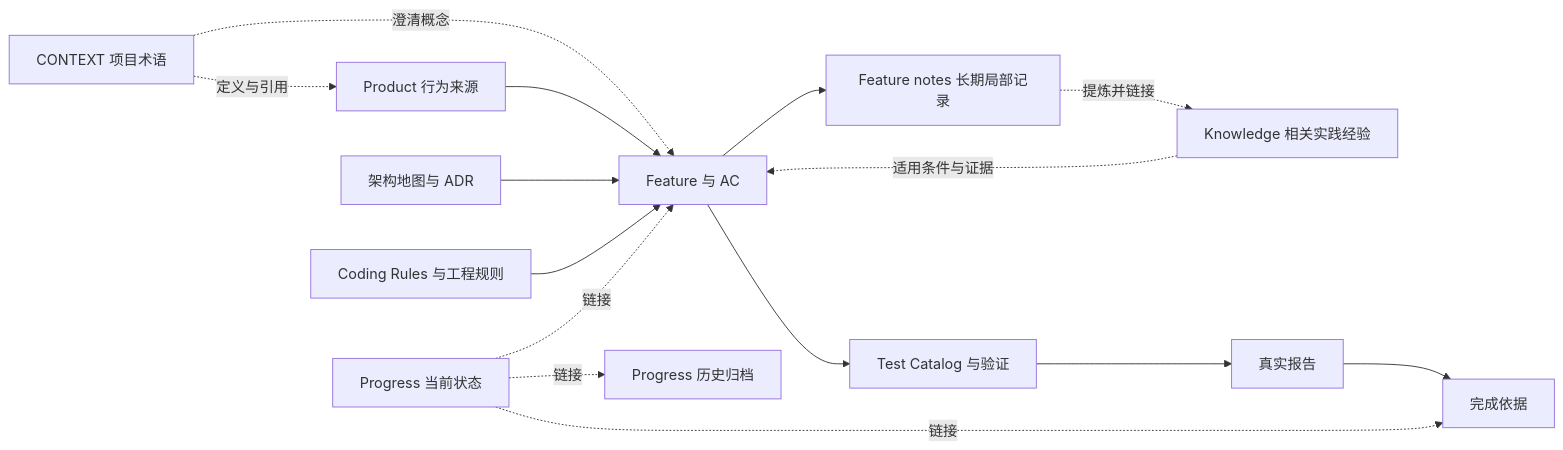
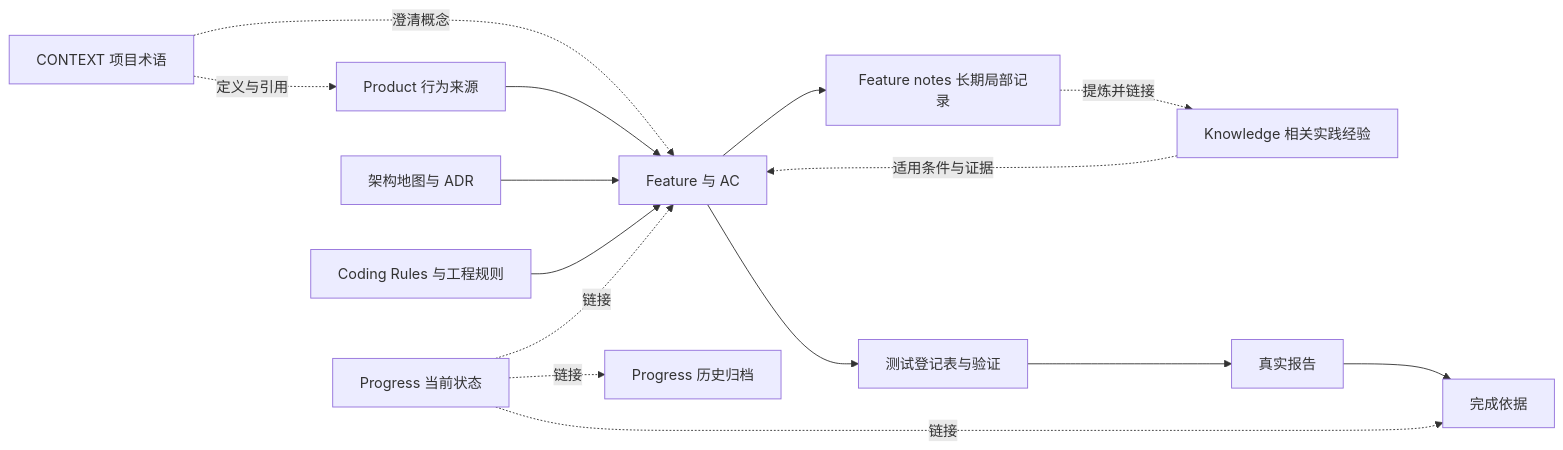
The first of 2 diagrams in framework/docs/blank-project/guides/project-knowledge.md (yxy823/Game_idle_yaya_frame), drawn with Mermaid before and after one commit. The commit also changed 48 other files, not shown here.

````diff
--- a/framework/docs/blank-project/guides/project-knowledge.md
+++ b/framework/docs/blank-project/guides/project-knowledge.md
@@ -24,17 +24,17 @@
 ```mermaid
 flowchart LR
     V[CONTEXT 项目术语] -. 定义与引用 .-> P
     V -. 澄清概念 .-> F
     P[Product 行为来源] --> F[Feature 与 AC]
     A[架构地图与 ADR] --> F
     C[Coding Rules 与工程规则] --> F
     K[Knowledge 相关实践经验] -. 适用条件与证据 .-> F
-    F --> T[Test Catalog 与验证]
+    F --> T[测试登记表与验证]
     T --> R[真实报告]
     R --> E[完成依据]
     F --> N[Feature notes 长期局部记录]
     N -. 提炼并链接 .-> K
     H[Progress 当前状态] -. 链接 .-> F
     H -. 链接 .-> E
     H -. 链接 .-> Z[Progress 历史归档]
 ```
````
